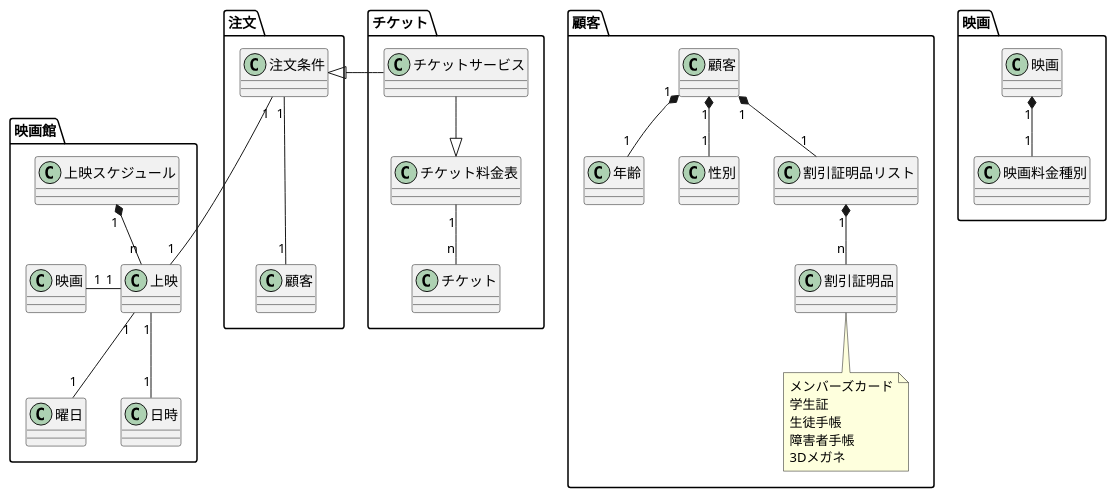
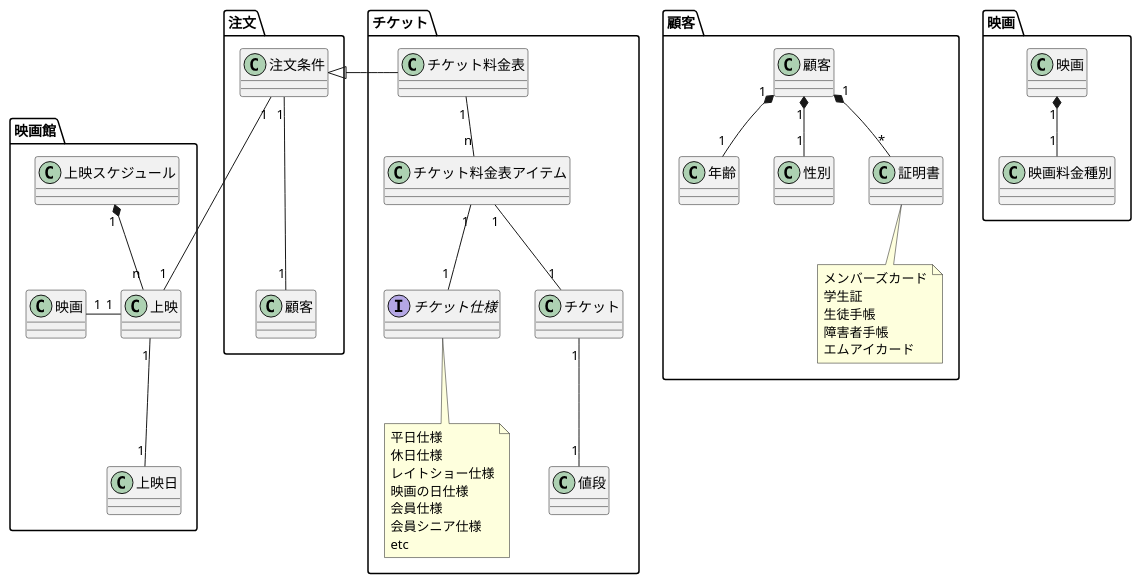
The diagram in doc/models.puml (hiroaki-suzuki/ticket-price-modeling-challenge), drawn with PlantUML before and after one commit. The commit also changed 40 other files, not shown here.

```diff
--- a/doc/models.puml
+++ b/doc/models.puml
@@ -1,74 +1,84 @@
 @startuml
 
 package 顧客 {
 
     class 顧客
 
     class 年齢
 
     class 性別
 
-    class 割引証明品リスト
-
-    class 割引証明品
+    class 証明書
 
     顧客 "1" *-- "1" 年齢
     顧客 "1" *-- "1" 性別
-    顧客 "1" *-- "1" 割引証明品リスト
-    割引証明品リスト "1" *-- "n" 割引証明品
+    顧客 "1" *-- "*" 証明書
 
-    note bottom of 割引証明品
+    note bottom of 証明書
         メンバーズカード
         学生証
         生徒手帳
         障害者手帳
-        3Dメガネ
+        エムアイカード
     end note
 }
 
 package 映画 {
 
     class 映画
 
     class 映画料金種別
 
     映画 "1" *-- "1" 映画料金種別
 }
 
 package 映画館 {
 
     class 上映スケジュール
 
     class 上映
 
-    class 曜日
-
-    class 日時
+    class 上映日
 
     上映スケジュール "1" *-- "n" 上映
-    上映 "1" -- "1" "曜日"
-    上映 "1" -- "1" "日時"
+    上映 "1" -- "1" "上映日"
     上映 "1" -left- "1" "映画"
 }
 
 package 注文 {
 
     class 注文条件
 
     注文条件 "1" --- "1" 顧客
     注文条件 "1" --- "1" 上映
 }
 
 package チケット {
-    class チケットサービス
+    class チケット料金表
 
-    class チケット料金表
+    class チケット料金表アイテム
+
+    interface チケット仕様
 
     class チケット
 
-    チケットサービス -right-|> 注文条件
-    チケットサービス --|> チケット料金表
-    チケット料金表 "1" -- "n" チケット
+    class 値段
+
+    チケット料金表 -right-|> 注文条件
+    チケット料金表 "1" -- "n" チケット料金表アイテム
+    チケット料金表アイテム "1" -- "1" チケット
+    チケット料金表アイテム "1" -- "1" チケット仕様
+    チケット "1" -- "1" 値段
+
+    note bottom of チケット仕様
+        平日仕様
+        休日仕様
+        レイトショー仕様
+        映画の日仕様
+        会員仕様
+        会員シニア仕様
+        etc
+    end note
 }
 
 @enduml
```
